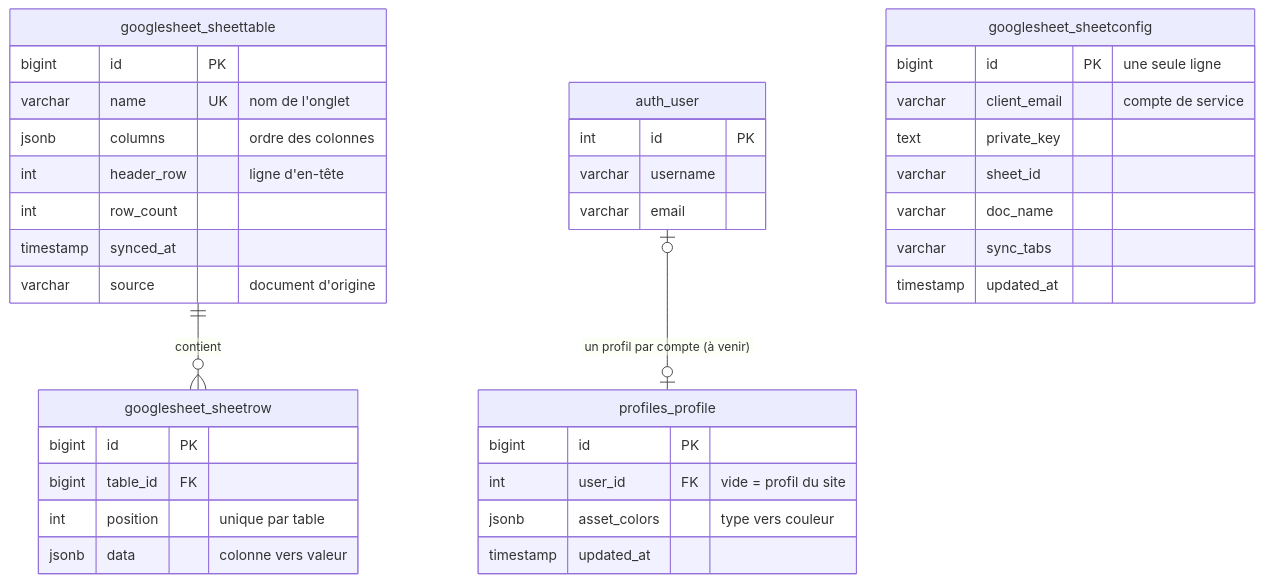
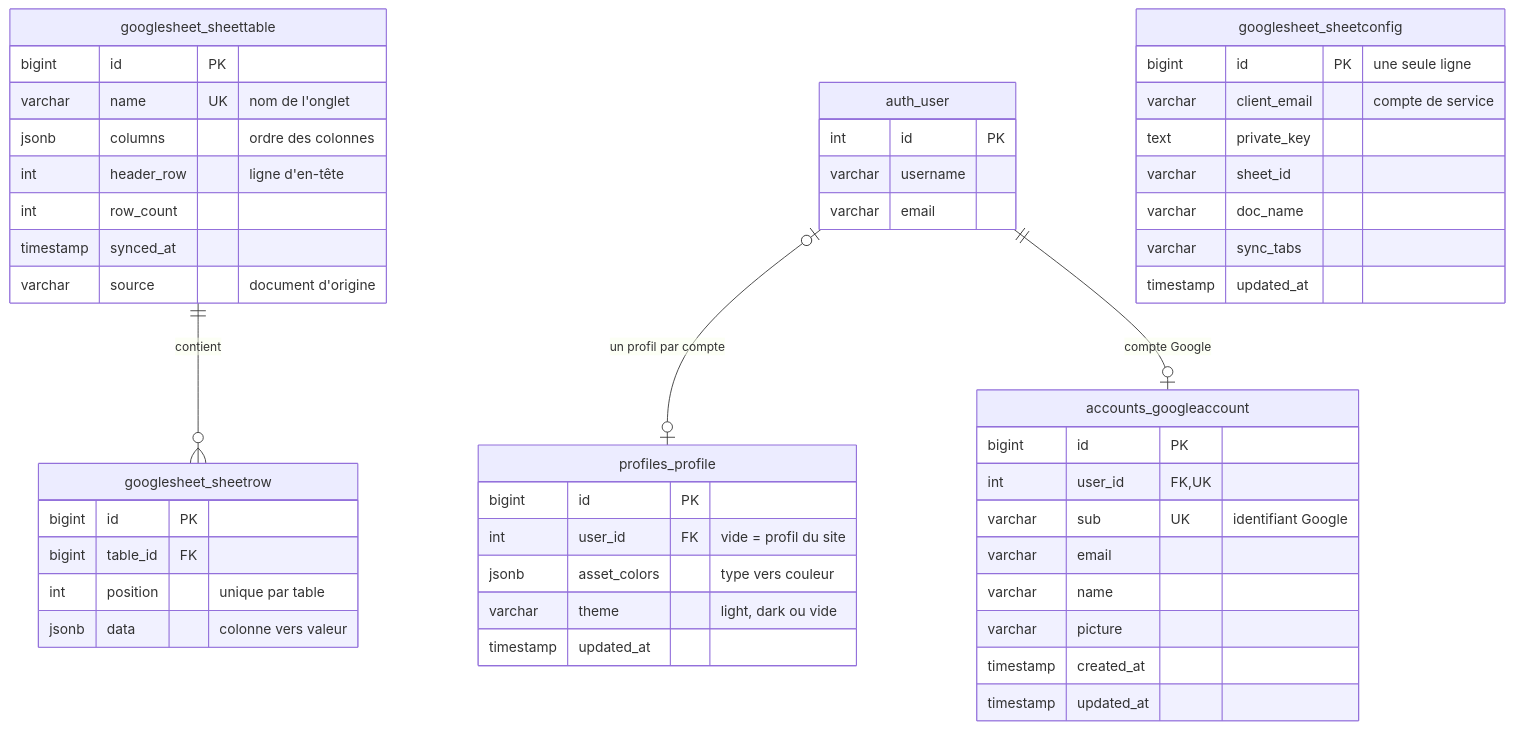
One commit to Sleaum/vibe_overfolio changed the diagram in README.md. Above: the diagram before and after it, drawn with Mermaid. The commit also changed other lines of this file and 31 other files, not shown here.

````diff
--- a/README.md
+++ b/README.md
@@ -387,40 +448,52 @@
 ```mermaid
 erDiagram
   googlesheet_sheettable ||--o{ googlesheet_sheetrow : "contient"
-  auth_user |o--o| profiles_profile : "un profil par compte (à venir)"
+  auth_user |o--o| profiles_profile : "un profil par compte"
+  auth_user ||--o| accounts_googleaccount : "compte Google"
   googlesheet_sheettable {
     bigint id PK
     varchar name UK "nom de l'onglet"
     jsonb columns "ordre des colonnes"
     int header_row "ligne d'en-tête"
     int row_count
     timestamp synced_at
     varchar source "document d'origine"
   }
   googlesheet_sheetrow {
     bigint id PK
     bigint table_id FK
     int position "unique par table"
     jsonb data "colonne vers valeur"
   }
   googlesheet_sheetconfig {
     bigint id PK "une seule ligne"
     varchar client_email "compte de service"
     text private_key
     varchar sheet_id
     varchar doc_name
     varchar sync_tabs
     timestamp updated_at
   }
   profiles_profile {
     bigint id PK
     int user_id FK "vide = profil du site"
     jsonb asset_colors "type vers couleur"
+    varchar theme "light, dark ou vide"
+    timestamp updated_at
+  }
+  accounts_googleaccount {
+    bigint id PK
+    int user_id FK, UK
+    varchar sub UK "identifiant Google"
+    varchar email
+    varchar name
+    varchar picture
+    timestamp created_at
     timestamp updated_at
   }
   auth_user {
     int id PK
     varchar username
     varchar email
   }
 ```
````
